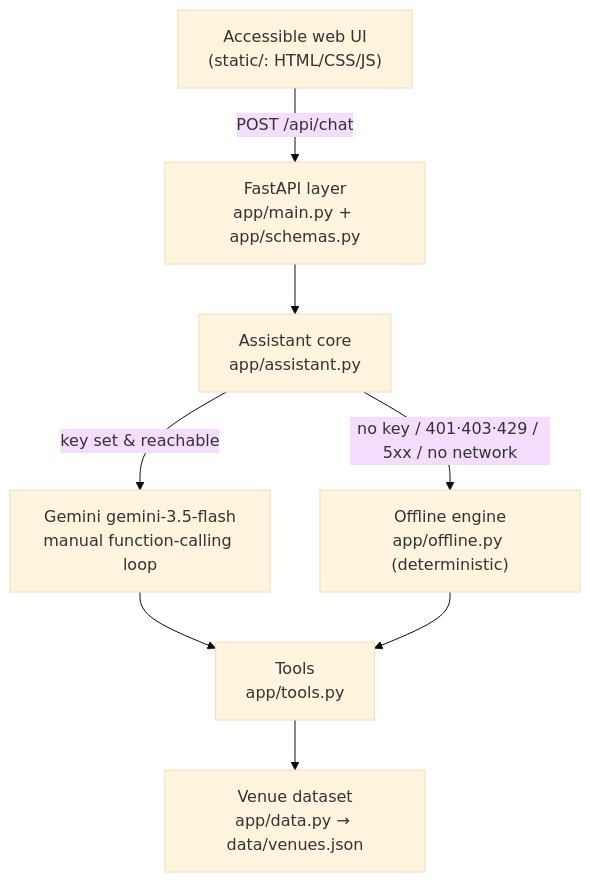
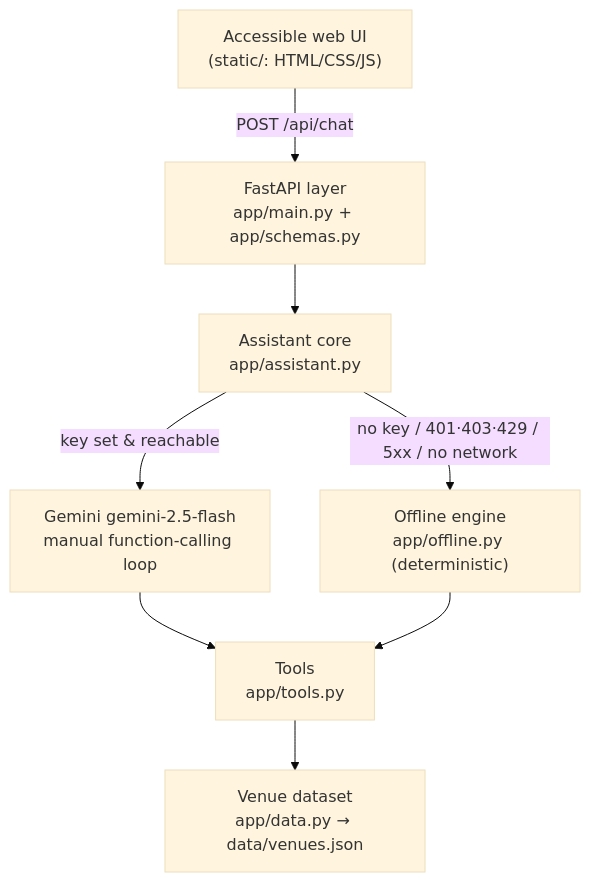
Before and after one commit to DeadlyRockz/Smart-Stadiums-Tournament-Operations: the diagram in README.md, drawn with Mermaid (base theme). The commit also changed other lines of this file and 4 other files, not shown here.

Commit message:
Default to free-tier gemini-2.5-flash; per-bubble lang/dir; AAA contrast

````diff
--- a/README.md
+++ b/README.md
@@ -49,10 +49,10 @@
 ```mermaid
 flowchart TD
     UI["Accessible web UI<br/>(static/: HTML/CSS/JS)"] -->|POST /api/chat| API["FastAPI layer<br/>app/main.py + app/schemas.py"]
     API --> ASST["Assistant core<br/>app/assistant.py"]
-    ASST -->|key set & reachable| GEM["Gemini gemini-3.5-flash<br/>manual function-calling loop"]
+    ASST -->|key set & reachable| GEM["Gemini gemini-2.5-flash<br/>manual function-calling loop"]
     ASST -->|no key / 401·403·429 / 5xx / no network| OFF["Offline engine<br/>app/offline.py (deterministic)"]
     GEM --> TOOLS["Tools<br/>app/tools.py"]
     OFF --> TOOLS
     TOOLS --> DATA["Venue dataset<br/>app/data.py → data/venues.json"]
 ```
````
